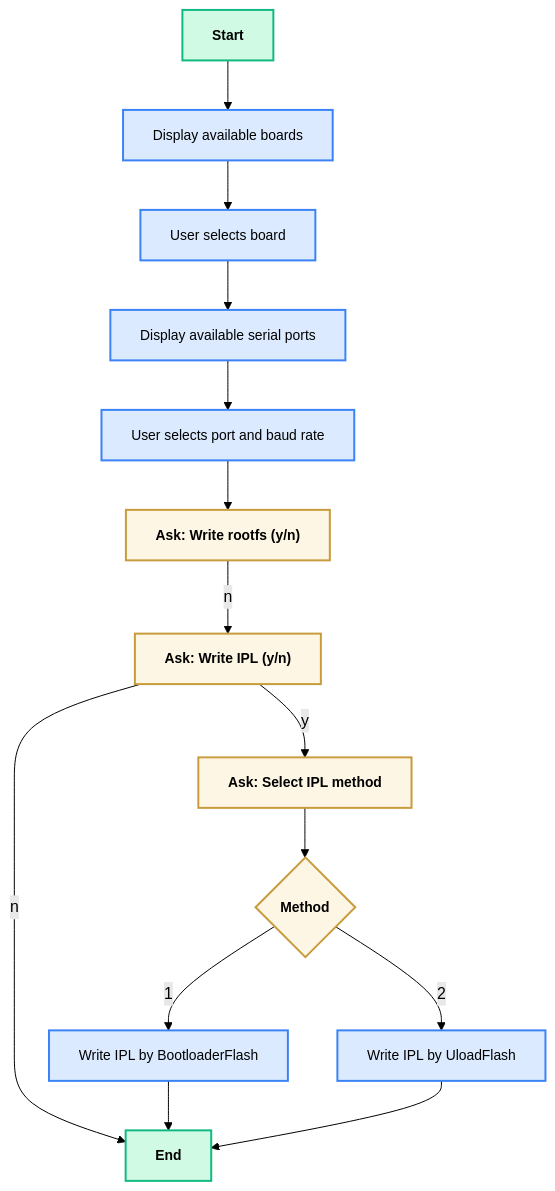
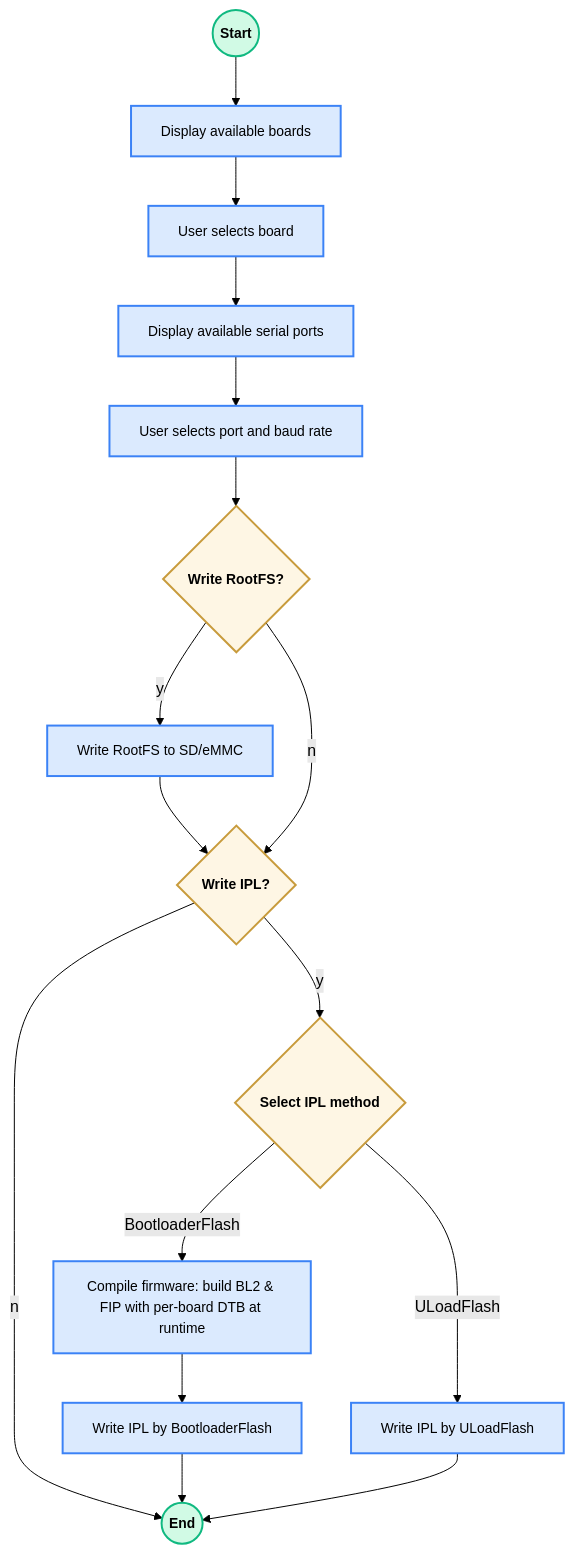
Before and after one commit to Renesas-SST/rz-utils: the diagram in universal-scripts/host/tools/README.md, drawn with Mermaid (forest theme). The commit also changed other lines of this file and 14 other files, not shown here.

````diff
--- a/universal-scripts/host/tools/README.md
+++ b/universal-scripts/host/tools/README.md
@@ -65,21 +220,26 @@
 ```mermaid
 flowchart TD
     classDef default fill:#f0f4f8,stroke:#333,stroke-width:1px,font-size:14px
     classDef decision fill:#fef6e4,stroke:#c89b3c,stroke-width:2px,font-weight:bold
     classDef action fill:#dbeafe,stroke:#3b82f6,stroke-width:2px
     classDef terminal fill:#d1fae5,stroke:#10b981,stroke-width:2px,font-weight:bold
 
-    A[Start]:::terminal --> B[Display available boards]:::action
+    A((Start)):::terminal --> B[Display available boards]:::action
     B --> C[User selects board]:::action
     C --> D[Display available serial ports]:::action
     D --> E[User selects port and baud rate]:::action
-    E --> F["Ask: Write rootfs (y/n)"]:::decision
-    F -->|n| G["Ask: Write IPL (y/n)"]:::decision
-    G -->|y| H["Ask: Select IPL method"]:::decision
-    H --> I{Method}:::decision
-    I -->|1| J[Write IPL by BootloaderFlash]:::action
-    I -->|2| K[Write IPL by UloadFlash]:::action
-    G -->|n| L[End]:::terminal
+
+    E --> F{Write RootFS?}:::decision
+    F -->|y| FR[Write RootFS to SD/eMMC]:::action
+    FR --> G{Write IPL?}:::decision
+    F -->|n| G{Write IPL?}:::decision
+
+    G -->|y| H{Select IPL method}:::decision
+    H -->|BootloaderFlash| M[Compile firmware: build BL2 & FIP with per-board DTB at runtime]:::action
+    M --> J[Write IPL by BootloaderFlash]:::action
+    H -->|ULoadFlash| K[Write IPL by ULoadFlash]:::action
+
+    G -->|n| L((End)):::terminal
     J --> L
     K --> L
 ```
````
